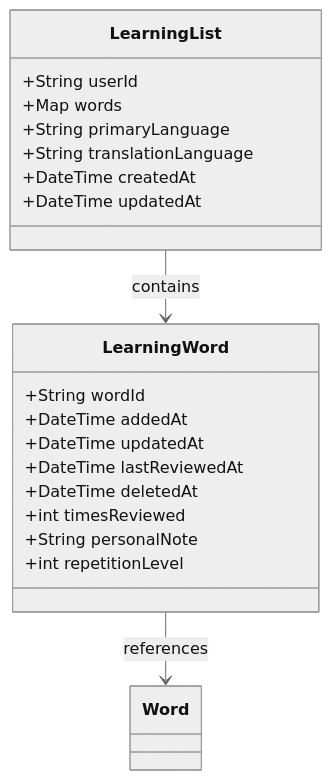
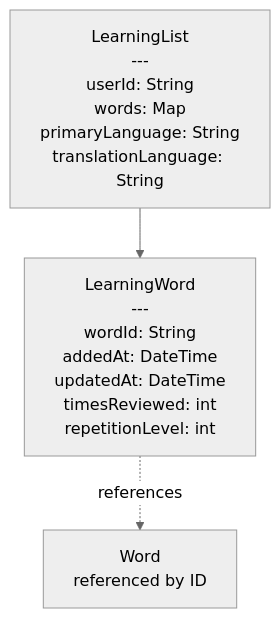
The third of 5 diagrams in docs/architecture/class-diagram.md (SaschaKay/play-and-translate-2), drawn with Mermaid (neutral theme) before and after one commit. The commit also changed other lines of this file, not shown here.

First line of the commit message:
Revise class diagram

````diff
--- a/docs/architecture/class-diagram.md
+++ b/docs/architecture/class-diagram.md
@@ -112,25 +46,11 @@
 ```mermaid
-classDiagram
-    class LearningList {
-        +String userId
-        +Map words
-        +String primaryLanguage
-        +String translationLanguage
-        +DateTime createdAt
-        +DateTime updatedAt
-    }
-
-    class LearningWord {
-        +String wordId
-        +DateTime addedAt
-        +DateTime updatedAt
-        +DateTime lastReviewedAt
-        +DateTime deletedAt
-        +int timesReviewed
-        +String personalNote
-        +int repetitionLevel
-    }
-
-    LearningList --> LearningWord : contains
-    LearningWord --> Word : references
+graph TB
+    LearningList[LearningList<br/>---<br/>userId: String<br/>words: Map<br/>primaryLanguage: String<br/>translationLanguage: String]
+    
+    LearningWord[LearningWord<br/>---<br/>wordId: String<br/>addedAt: DateTime<br/>updatedAt: DateTime<br/>timesReviewed: int<br/>repetitionLevel: int]
+    
+    Word[Word<br/>referenced by ID]
+    
+    LearningList --> LearningWord
+    LearningWord -.->|references| Word
 ```
````
